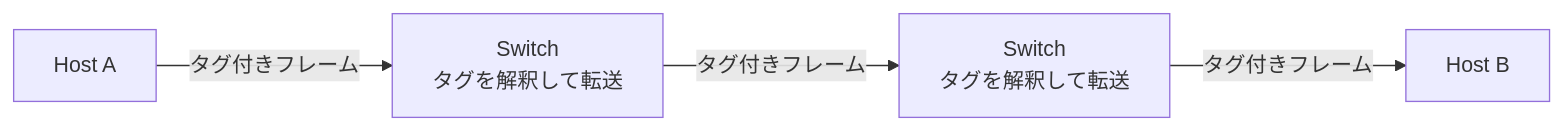
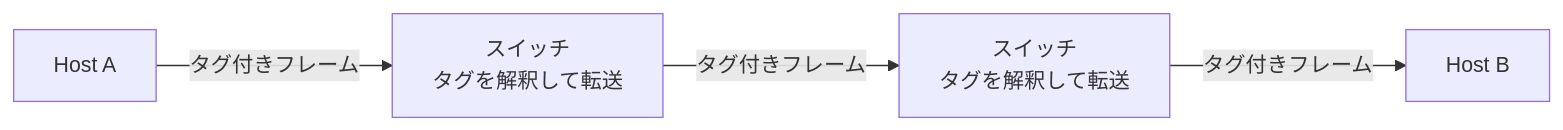
One commit to 0x69d/0x69d changed the first of 5 diagrams in articles/20260806-vxlan-overlay-network.md. Above: the diagram before and after it, drawn with Mermaid. The commit also changed other lines of this file, not shown here.

First line of the commit message:
docs: VXLAN記事の用語節を前倒しし図を簡略化する

````diff
--- a/articles/20260806-vxlan-overlay-network.md
+++ b/articles/20260806-vxlan-overlay-network.md
@@ -27,6 +27,6 @@
 ```mermaid
 graph LR
-    A1["Host A"] -->|"タグ付きフレーム"| S1["Switch<br/>タグを解釈して転送"]
-    S1 -->|"タグ付きフレーム"| S2["Switch<br/>タグを解釈して転送"]
+    A1["Host A"] -->|"タグ付きフレーム"| S1["スイッチ<br/>タグを解釈して転送"]
+    S1 -->|"タグ付きフレーム"| S2["スイッチ<br/>タグを解釈して転送"]
     S2 -->|"タグ付きフレーム"| A2["Host B"]
 ```
````
